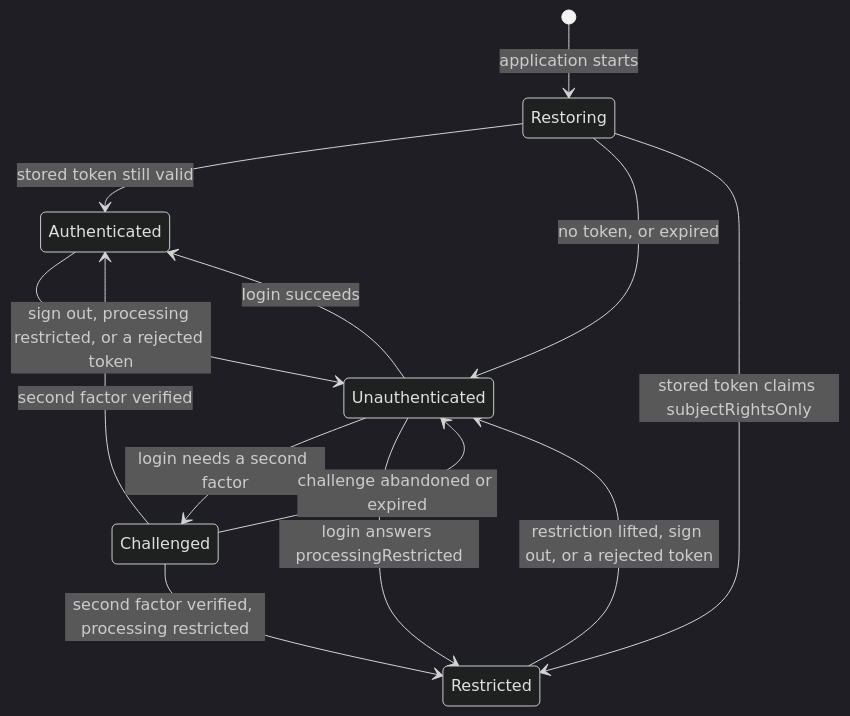
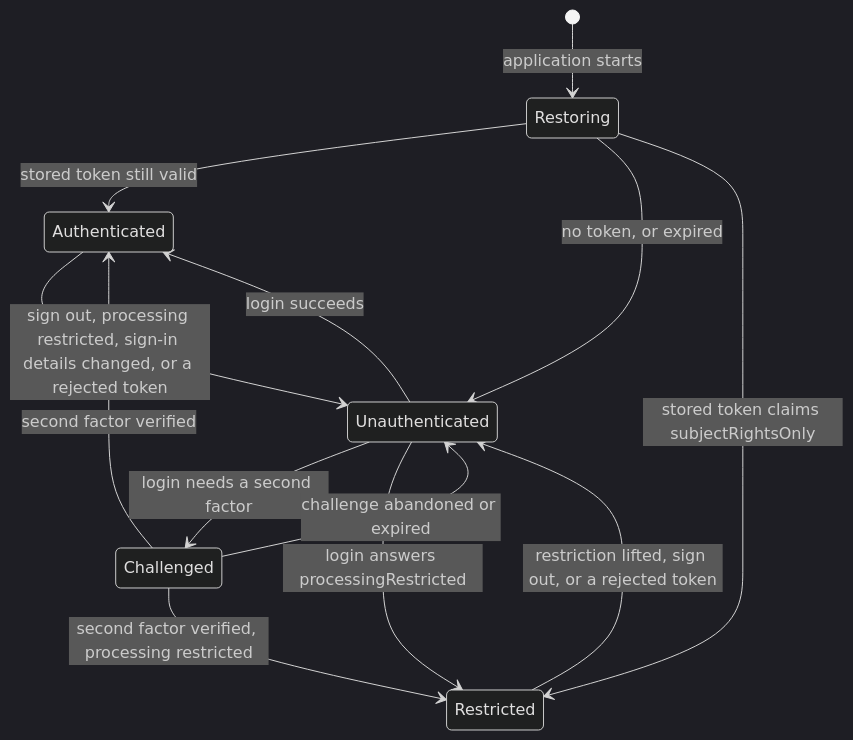
One commit to artur-rios/heimdall-ui changed the second of 3 diagrams in docs/requirements/Use Case Specification Document.md. Above: the diagram before and after it, drawn with Mermaid (dark theme). The commit also changed other lines of this file and 2 other files, not shown here.

````diff
--- a/docs/requirements/Use Case Specification Document.md
+++ b/docs/requirements/Use Case Specification Document.md
@@ -1649,15 +1684,15 @@
 ```mermaid
 stateDiagram-v2
     [*] --> Restoring: application starts
     Restoring --> Authenticated: stored token still valid
     Restoring --> Unauthenticated: no token, or expired
     Unauthenticated --> Challenged: login needs a second factor
     Unauthenticated --> Authenticated: login succeeds
     Challenged --> Authenticated: second factor verified
     Challenged --> Unauthenticated: challenge abandoned or expired
-    Authenticated --> Unauthenticated: sign out, processing restricted, or a rejected token
+    Authenticated --> Unauthenticated: sign out, processing restricted, sign-in details changed, or a rejected token
     Unauthenticated --> Restricted: login answers processingRestricted
     Challenged --> Restricted: second factor verified, processing restricted
     Restoring --> Restricted: stored token claims subjectRightsOnly
     Restricted --> Unauthenticated: restriction lifted, sign out, or a rejected token
 ```
````
